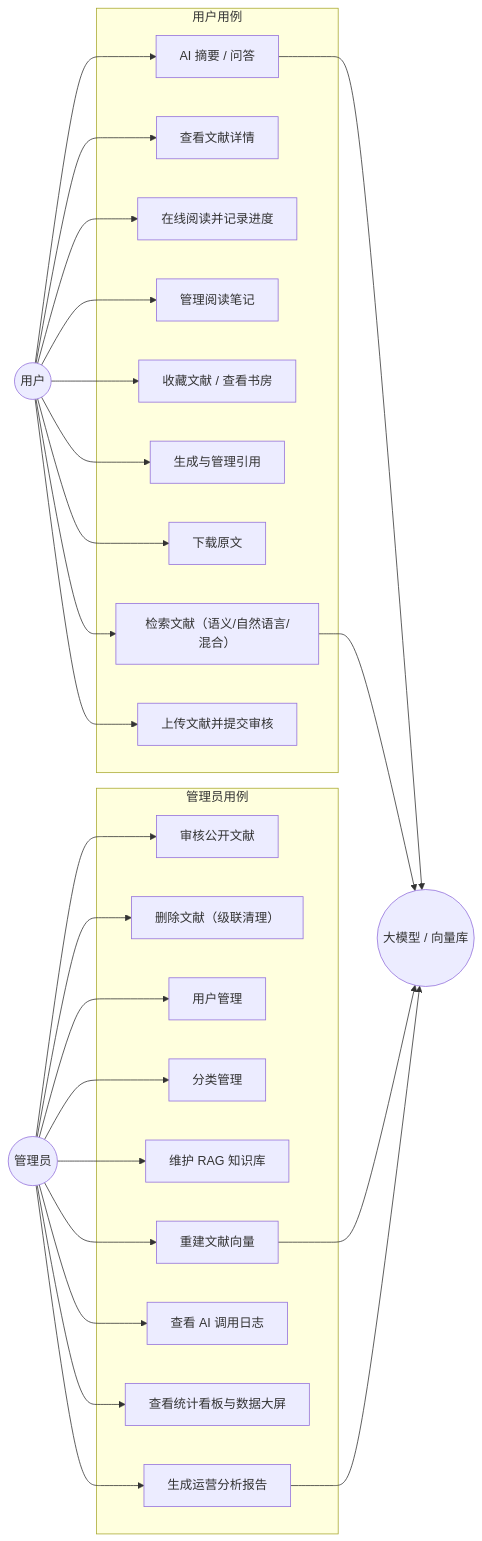
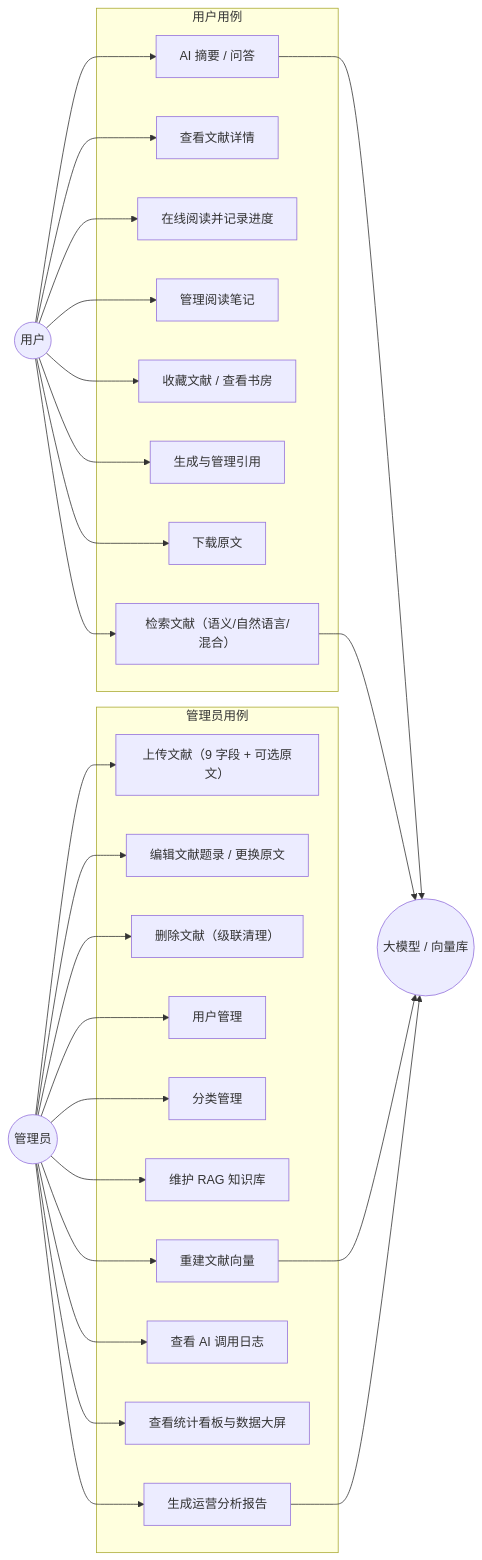
Before and after one commit to MaouXY/ScholarMind: the third of 13 diagrams in doc/AI图书馆文献检索与阅读助手-05-设计图表.md, drawn with Mermaid. The commit also changed other lines of this file and 50 other files, not shown here.

````diff
--- a/doc/AI图书馆文献检索与阅读助手-05-设计图表.md
+++ b/doc/AI图书馆文献检索与阅读助手-05-设计图表.md
@@ -130,37 +133,37 @@
 ```mermaid
 flowchart LR
     USER(("用户"))
     ADMIN(("管理员"))
     AI(("大模型 / 向量库"))
 
     subgraph UC_USER["用户用例"]
         U1["检索文献（语义/自然语言/混合）"]
         U2["查看文献详情"]
         U3["在线阅读并记录进度"]
         U4["管理阅读笔记"]
         U5["收藏文献 / 查看书房"]
         U6["生成与管理引用"]
         U7["下载原文"]
         U8["AI 摘要 / 问答"]
-        U9["上传文献并提交审核"]
     end
 
     subgraph UC_ADMIN["管理员用例"]
-        A1["审核公开文献"]
+        A0["上传文献（9 字段 + 可选原文）"]
+        A1["编辑文献题录 / 更换原文"]
         A2["删除文献（级联清理）"]
         A3["用户管理"]
         A4["分类管理"]
         A5["维护 RAG 知识库"]
         A6["重建文献向量"]
         A7["查看 AI 调用日志"]
         A8["查看统计看板与数据大屏"]
         A9["生成运营分析报告"]
     end
 
-    USER --> U1 & U2 & U3 & U4 & U5 & U6 & U7 & U8 & U9
-    ADMIN --> A1 & A2 & A3 & A4 & A5 & A6 & A7 & A8 & A9
+    USER --> U1 & U2 & U3 & U4 & U5 & U6 & U7 & U8
+    ADMIN --> A0 & A1 & A2 & A3 & A4 & A5 & A6 & A7 & A8 & A9
     U8 --> AI
     U1 --> AI
     A6 --> AI
     A9 --> AI
 ```
````
